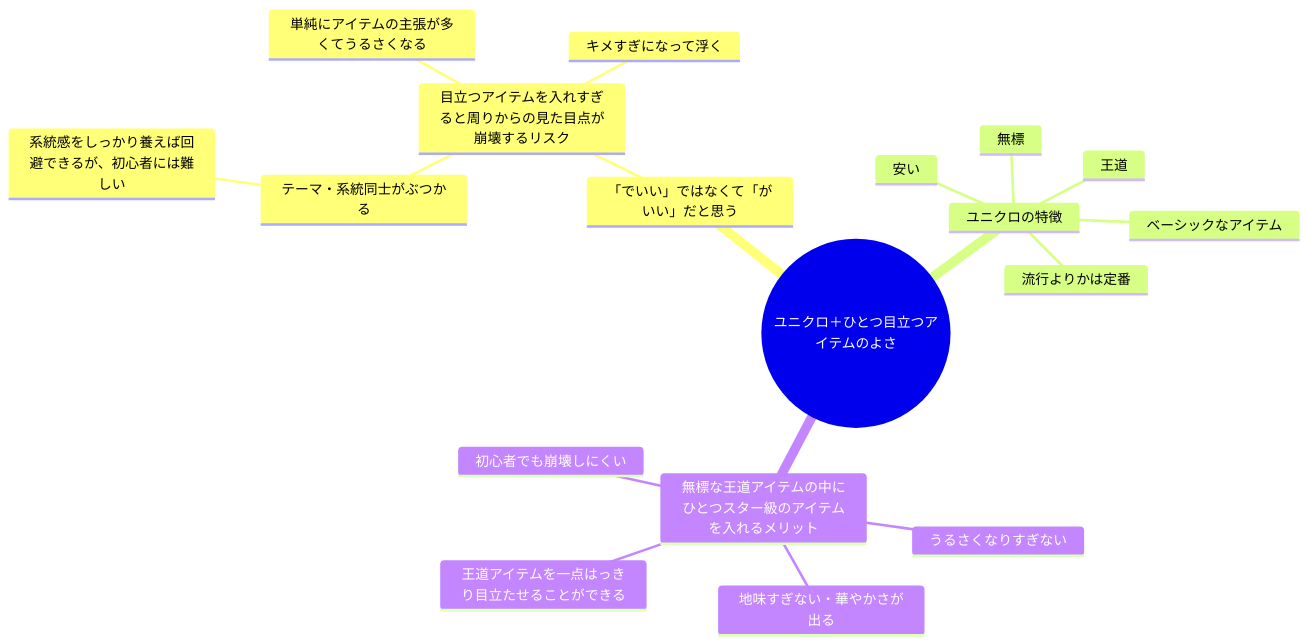
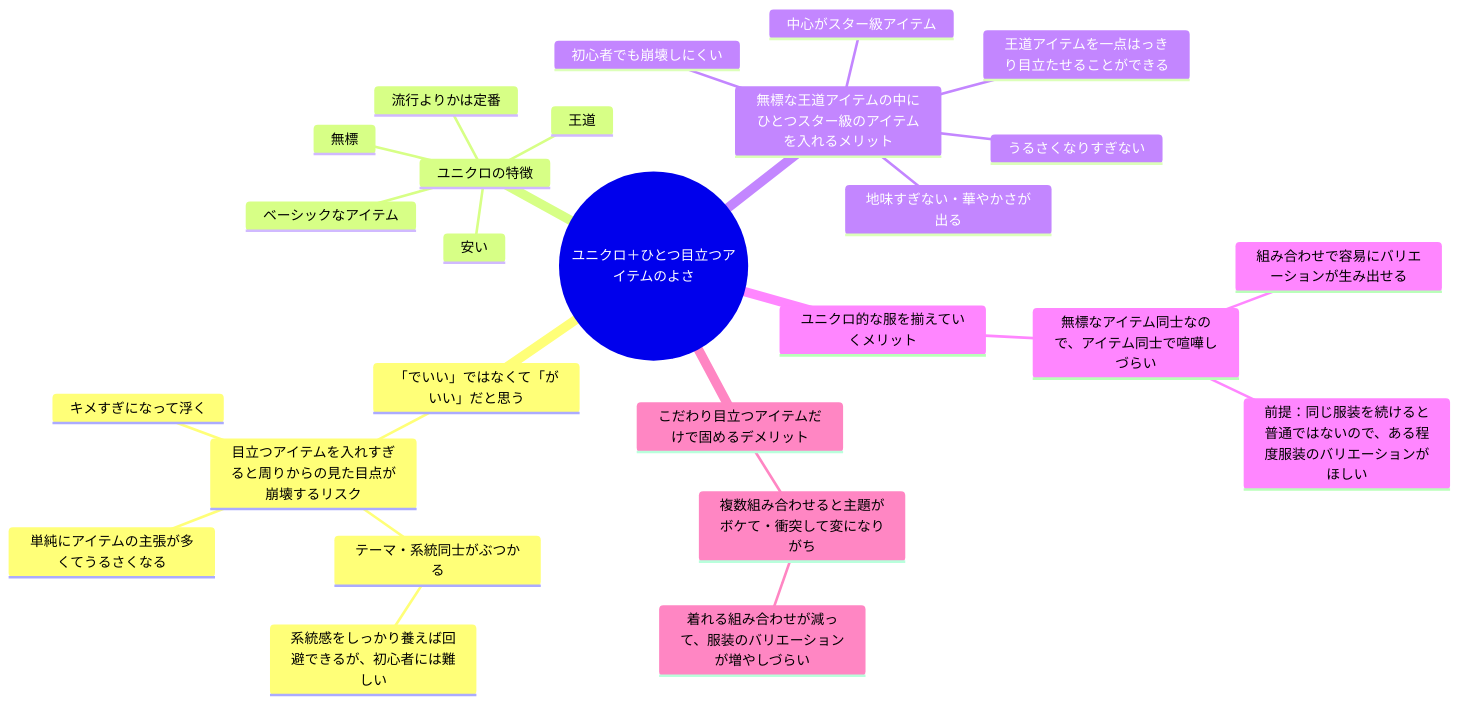
Before and after one commit to yuchiki/mens_fashion_advice: the fourth of 4 diagrams in README.md, drawn with Mermaid.

````diff
--- a/README.md
+++ b/README.md
@@ -181,20 +181,28 @@
 ```mermaid
     mindmap((ユニクロ＋ひとつ目立つアイテムのよさ))
         「でいい」ではなくて「がいい」だと思う
             目立つアイテムを入れすぎると周りからの見た目点が崩壊するリスク
                 テーマ・系統同士がぶつかる
                     系統感をしっかり養えば回避できるが、初心者には難しい
                 単純にアイテムの主張が多くてうるさくなる
                 キメすぎになって浮く
         ユニクロの特徴
             ベーシックなアイテム
             王道
             無標
             安い
             流行よりかは定番
         無標な王道アイテムの中にひとつスター級のアイテムを入れるメリット
             うるさくなりすぎない
             地味すぎない・華やかさが出る
             初心者でも崩壊しにくい
             王道アイテムを一点はっきり目立たせることができる
+            中心がスター級アイテム
+        ユニクロ的な服を揃えていくメリット
+            無標なアイテム同士なので、アイテム同士で喧嘩しづらい
+                組み合わせで容易にバリエーションが生み出せる
+                前提：同じ服装を続けると普通ではないので、ある程度服装のバリエーションがほしい
+        こだわり目立つアイテムだけで固めるデメリット
+            複数組み合わせると主題がボケて・衝突して変になりがち
+                着れる組み合わせが減って、服装のバリエーションが増やしづらい
 ```
````
